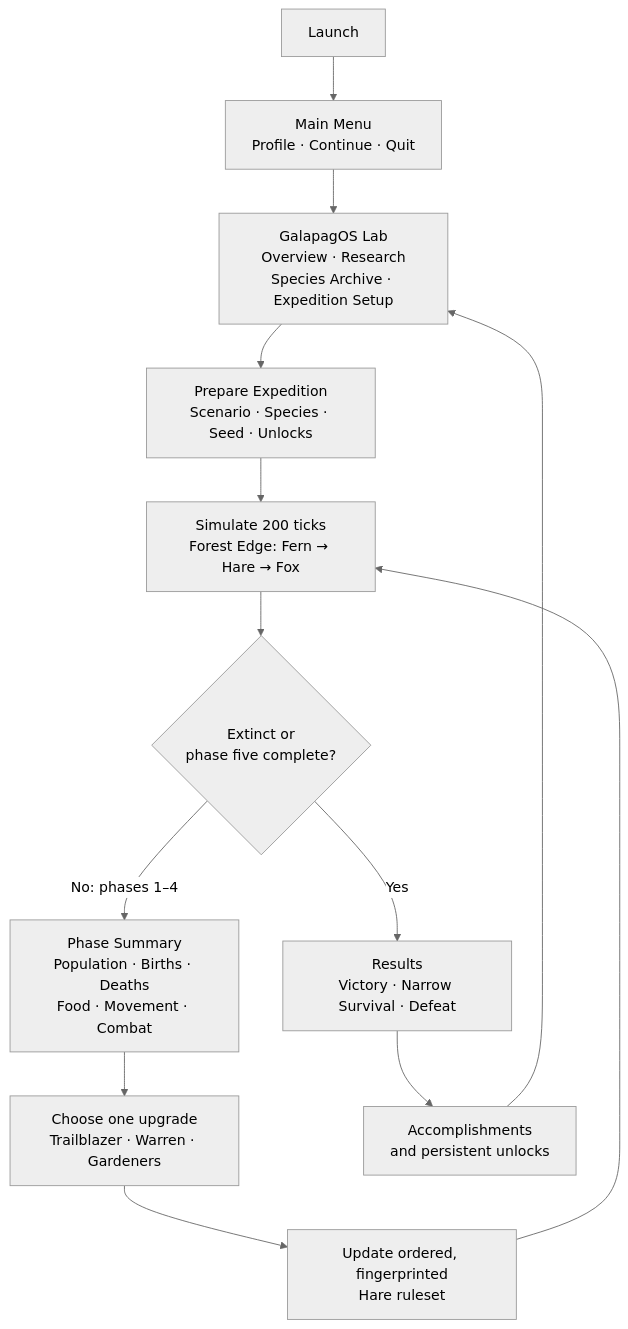
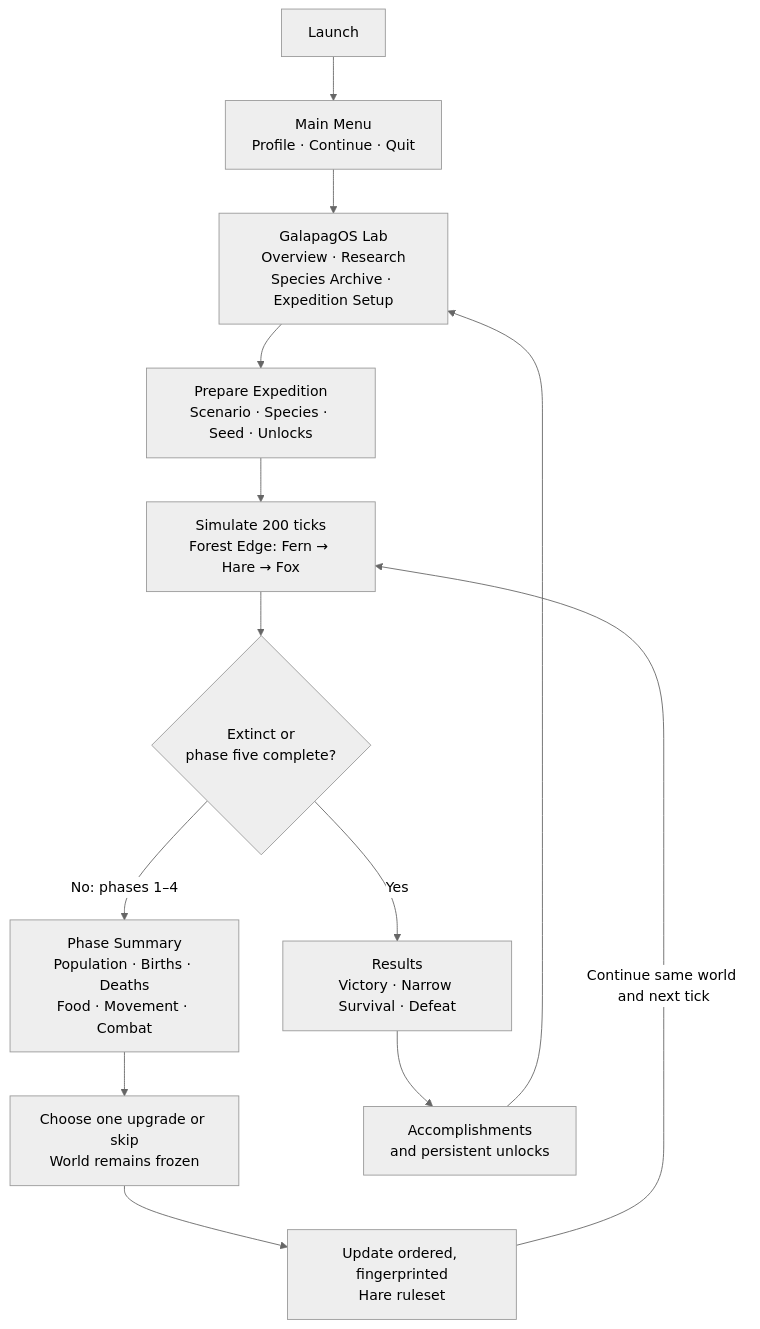
One commit to Saltylanguage/GameDev changed the first of 3 diagrams in LearningIndieDev/docs/Architecture Maps/GAME_ARCHITECTURE_AND_FLOWS.md. Above: the diagram before and after it, drawn with Mermaid (neutral theme). The commit also changed other lines of this file and 38 other files, not shown here.

````diff
--- a/LearningIndieDev/docs/Architecture Maps/GAME_ARCHITECTURE_AND_FLOWS.md
+++ b/LearningIndieDev/docs/Architecture Maps/GAME_ARCHITECTURE_AND_FLOWS.md
@@ -13,22 +13,23 @@
 ```mermaid
 flowchart TB
     START["Launch"]
     MENU["Main Menu<br/>Profile · Continue · Quit"]
     LAB["GalapagOS Lab<br/>Overview · Research<br/>Species Archive · Expedition Setup"]
     SETUP["Prepare Expedition<br/>Scenario · Species · Seed · Unlocks"]
 
     SIM["Simulate 200 ticks<br/>Forest Edge: Fern → Hare → Fox"]
     END{"Extinct or<br/>phase five complete?"}
     SUMMARY["Phase Summary<br/>Population · Births · Deaths<br/>Food · Movement · Combat"]
-    UPGRADE["Choose one upgrade<br/>Trailblazer · Warren · Gardeners"]
+    UPGRADE["Choose one upgrade or skip<br/>World remains frozen"]
     RULESET["Update ordered, fingerprinted<br/>Hare ruleset"]
 
     RESULTS["Results<br/>Victory · Narrow Survival · Defeat"]
     REWARD["Accomplishments<br/>and persistent unlocks"]
 
     START --> MENU --> LAB --> SETUP --> SIM
     SIM --> END
 
-    END -->|"No: phases 1–4"| SUMMARY --> UPGRADE --> RULESET --> SIM
+    END -->|"No: phases 1–4"| SUMMARY --> UPGRADE --> RULESET
+    RULESET -->|"Continue same world and next tick"| SIM
     END -->|"Yes"| RESULTS --> REWARD --> LAB
 ```
````
